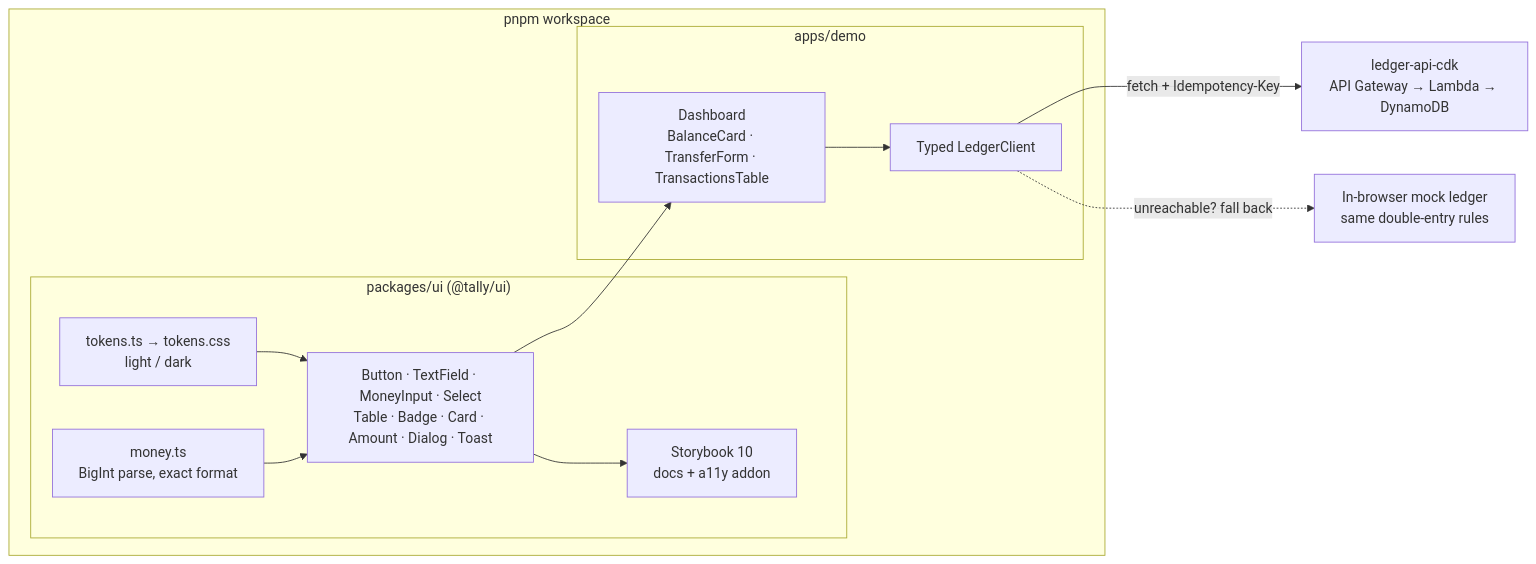
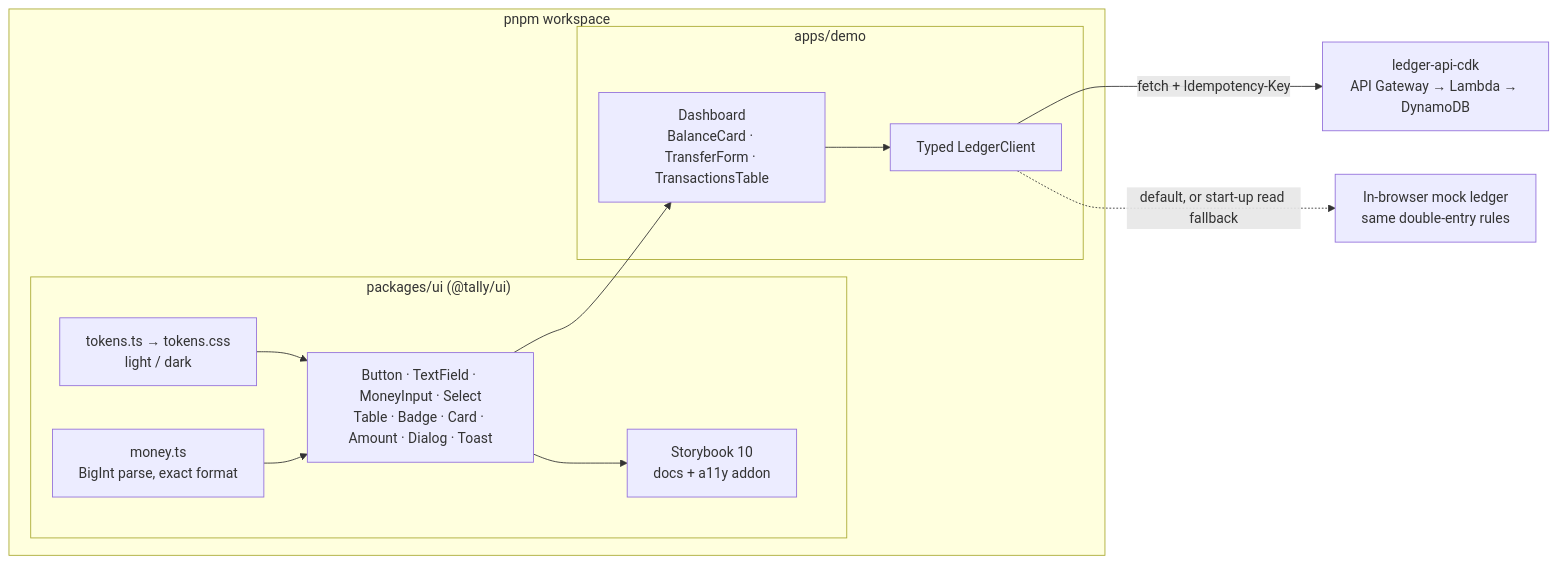
The diagram in README.md (CoderGren/tally-design-system), drawn with Mermaid before and after one commit. The commit also changed other lines of this file and 10 other files, not shown here.

````diff
--- a/README.md
+++ b/README.md
@@ -30,22 +30,22 @@
 ```mermaid
 flowchart LR
   subgraph repo["pnpm workspace"]
     subgraph ui["packages/ui (@tally/ui)"]
       tokens["tokens.ts → tokens.css<br/>light / dark"]
       money["money.ts<br/>BigInt parse, exact format"]
       comps["Button · TextField · MoneyInput · Select<br/>Table · Badge · Card · Amount · Dialog · Toast"]
       sb["Storybook 10<br/>docs + a11y addon"]
       tokens --> comps
       money --> comps
       comps --> sb
     end
     subgraph demo["apps/demo"]
       app["Dashboard<br/>BalanceCard · TransferForm · TransactionsTable"]
       client["Typed LedgerClient"]
       app --> client
     end
     comps --> app
   end
   client -->|"fetch + Idempotency-Key"| api["ledger-api-cdk<br/>API Gateway → Lambda → DynamoDB"]
-  client -. "unreachable? fall back" .-> mock["In-browser mock ledger<br/>same double-entry rules"]
+  client -. "default, or start-up read fallback" .-> mock["In-browser mock ledger<br/>same double-entry rules"]
 ```
````
